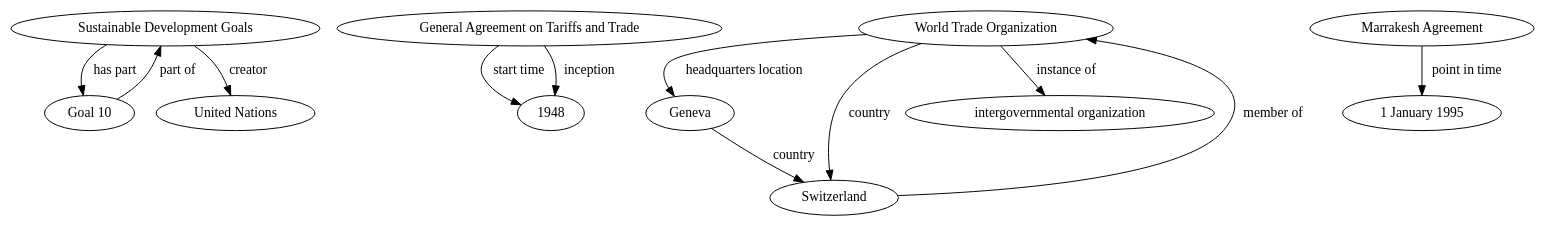
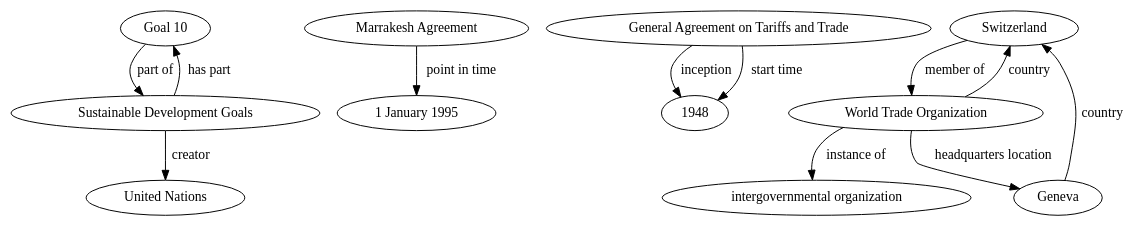
Before and after one commit to N-Shimoda/KG-MCQA: the diagram in param-search/graphs/rebel/sent/6/World Trade Organization.dot, drawn with Graphviz. The commit also changed other lines of this file and 67 other files, not shown here.

```diff
--- a/param-search/graphs/rebel/sent/6/World Trade Organization.dot
+++ b/param-search/graphs/rebel/sent/6/World Trade Organization.dot
@@ -1,27 +1,27 @@
 digraph RDFGraph {
 	// Nodes
+	"Goal 10";
+	"Marrakesh Agreement";
 	"Sustainable Development Goals";
 	"General Agreement on Tariffs and Trade";
-	"Goal 10";
+	"Switzerland";
 	"World Trade Organization";
 	"Geneva";
-	"Switzerland";
-	"Marrakesh Agreement";
+	"1948";
+	"intergovernmental organization";
 	"United Nations";
-	"intergovernmental organization";
-	"1948";
 	"1 January 1995";
 
 	// Edges
+	"World Trade Organization" -> "Geneva" [label="headquarters location"];
+	"World Trade Organization" -> "intergovernmental organization" [label="instance of"];
+	"Switzerland" -> "World Trade Organization" [label="member of"];
 	"Geneva" -> "Switzerland" [label="country"];
-	"World Trade Organization" -> "intergovernmental organization" [label="instance of"];
-	"World Trade Organization" -> "Geneva" [label="headquarters location"];
 	"World Trade Organization" -> "Switzerland" [label="country"];
-	"Switzerland" -> "World Trade Organization" [label="member of"];
+	"General Agreement on Tariffs and Trade" -> "1948" [label="inception"];
+	"General Agreement on Tariffs and Trade" -> "1948" [label="start time"];
 	"Marrakesh Agreement" -> "1 January 1995" [label="point in time"];
-	"General Agreement on Tariffs and Trade" -> "1948" [label="start time"];
-	"General Agreement on Tariffs and Trade" -> "1948" [label="inception"];
-	"Sustainable Development Goals" -> "Goal 10" [label="has part"];
 	"Goal 10" -> "Sustainable Development Goals" [label="part of"];
 	"Sustainable Development Goals" -> "United Nations" [label="creator"];
+	"Sustainable Development Goals" -> "Goal 10" [label="has part"];
 }
```
